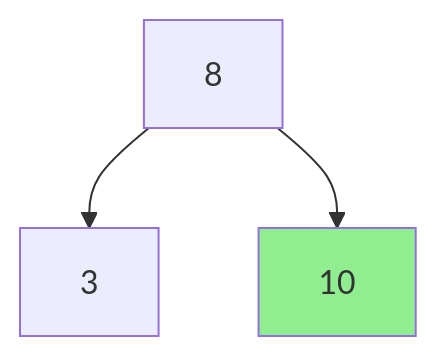
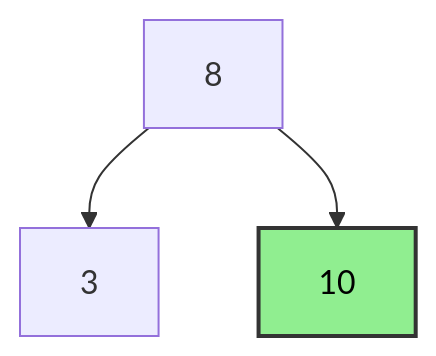
Before and after one commit to PanagopoulosNikolaos/DitOpenNotes: the tenth of 43 diagrams in Year_2/Semester_3/DSA_DATA_STRUCTURES_ALGORITHMS/Lectures/Binary_Trees.md, drawn with Mermaid. The commit also changed other lines of this file and 4 other files, not shown here.

````diff
--- a/Year_2/Semester_3/DSA_DATA_STRUCTURES_ALGORITHMS/Lectures/Binary_Trees.md
+++ b/Year_2/Semester_3/DSA_DATA_STRUCTURES_ALGORITHMS/Lectures/Binary_Trees.md
@@ -268,6 +268,6 @@
 ```mermaid
 graph TD
     A[8] --> B[3]
     A --> C[10]
-    style C fill:#90EE90
+    style C fill:#90EE90,stroke:#333,stroke-width:2px,color:black
 ```
````
